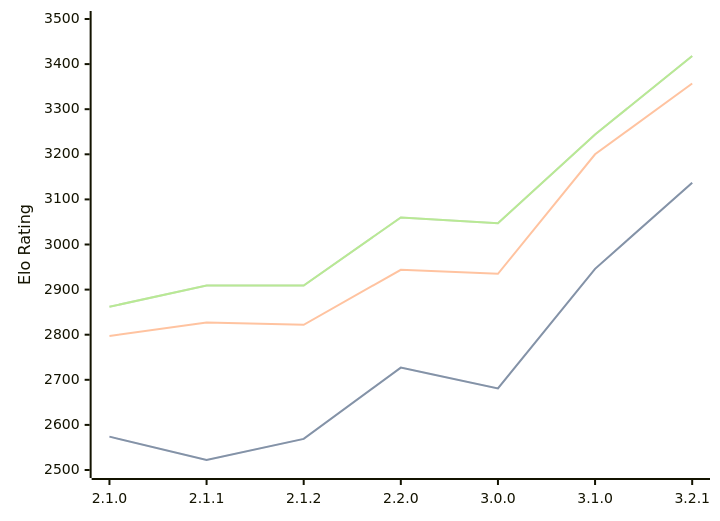
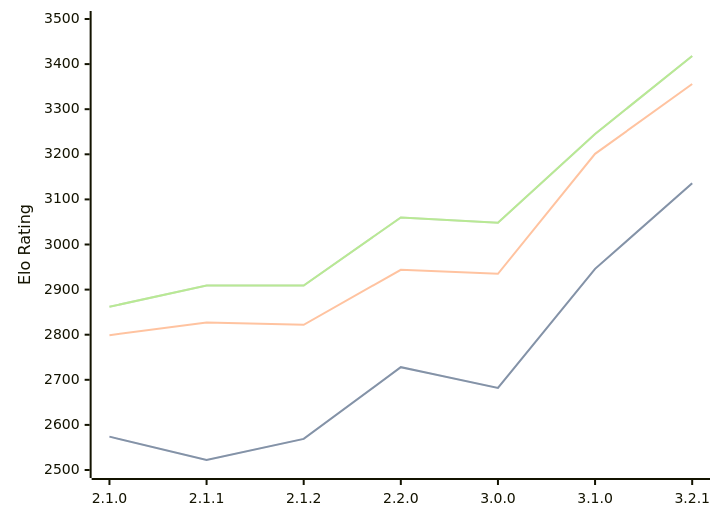
One commit to computer-chess-index/cci changed the diagram in engines/Prune.md. Above: the diagram before and after it, drawn with Mermaid. The commit also changed other lines of this file, not shown here.

Commit message:
Update CCI Ratings (ELO VLTC) - 2026-03-14

````diff
--- a/engines/Prune.md
+++ b/engines/Prune.md
@@ -40,11 +40,11 @@
 ```mermaid
 %%{init: {"theme":"base","themeVariables":{"seriesColors:['#a3a3a3','#222221','#faa371']}}}%%
 xychart-beta
   x-axis ["2.1.0", "2.1.1", "2.1.2", "2.2.0", "3.0.0", "3.1.0", "3.2.1"]
   y-axis "Elo Rating" 2500 --> 3500
-  line "STC (8.0+0.08s)" [2574, 2522, 2569, 2727, 2681, 2946, 3137]
-  line "STC (8.0+0.08s)" [2574, 2522, 2569, 2727, 2681, 2946, 3137]
-  line "LTC (60.0+0.60s)" [2797, 2827, 2822, 2944, 2935, 3200, 3357]
-  line "VLTC (2m24s+1.12s)" [2862, 2909, 2909, 3060, 3047, 3244, 3418]
-  line "VLTC (2m24s+1.12s)" [2862, 2909, 2909, 3060, 3047, 3244, 3418]
+  line "STC (8.0+0.08s)" [2574, 2522, 2569, 2728, 2682, 2946, 3136]
+  line "STC (8.0+0.08s)" [2574, 2522, 2569, 2728, 2682, 2946, 3136]
+  line "LTC (60.0+0.60s)" [2799, 2827, 2822, 2944, 2935, 3201, 3356]
+  line "VLTC (2m24s+1.12s)" [2862, 2909, 2909, 3060, 3048, 3245, 3418]
+  line "VLTC (2m24s+1.12s)" [2862, 2909, 2909, 3060, 3048, 3245, 3418]
 ```
````
